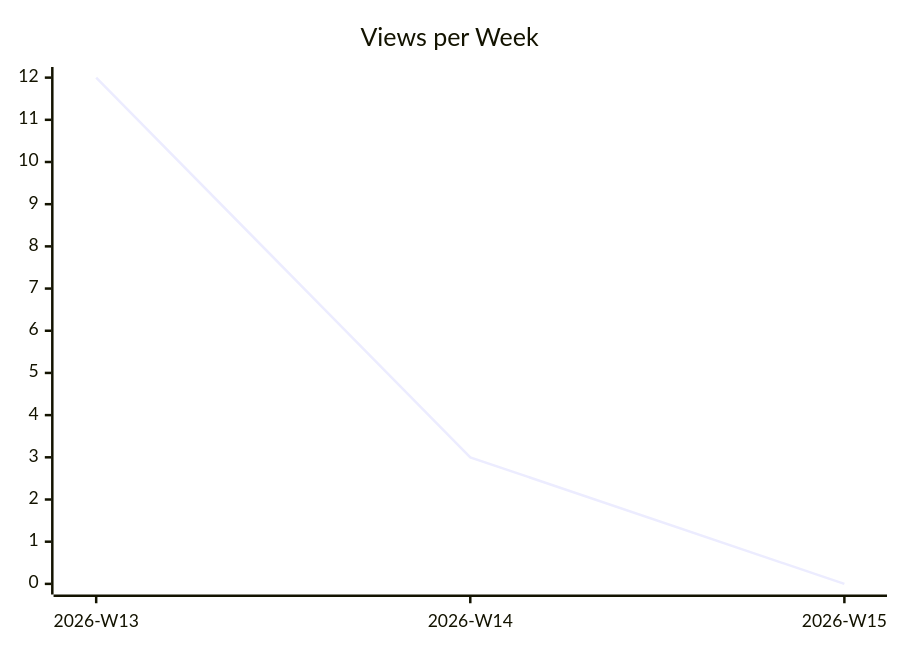
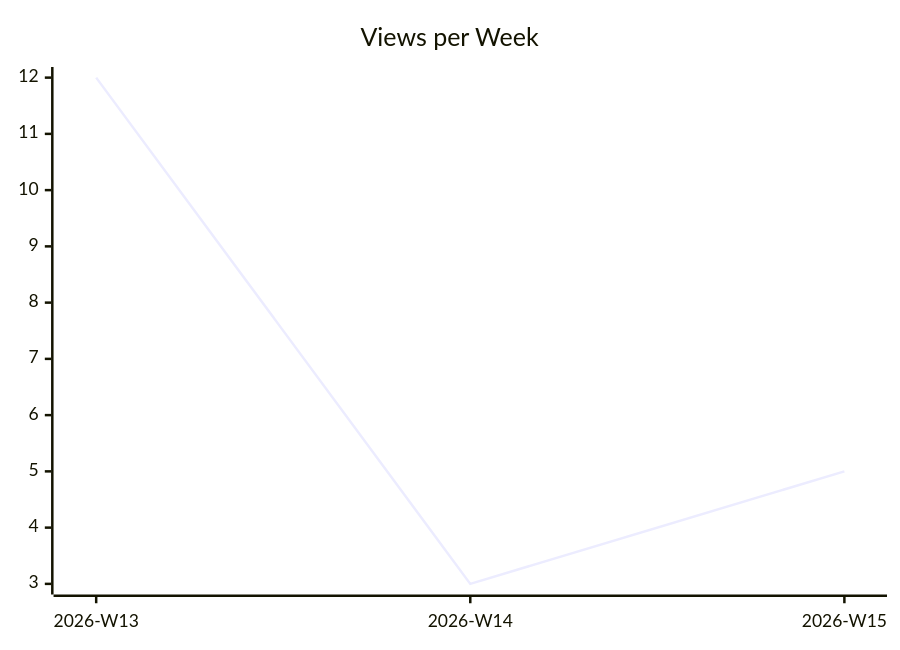
Before and after one commit to justdavis-family/github-analytics-data: the second of 3 diagrams in karlmdavis/xmlpull/README.md, drawn with Mermaid. The commit also changed other lines of this file and 157 other files, not shown here.

````diff
--- a/karlmdavis/xmlpull/README.md
+++ b/karlmdavis/xmlpull/README.md
@@ -12,6 +12,6 @@
 ```mermaid
 xychart-beta
   title "Views per Week"
   x-axis ["2026-W13", "2026-W14", "2026-W15"]
-  line [12, 3, 0]
+  line [12, 3, 5]
 ```
````
